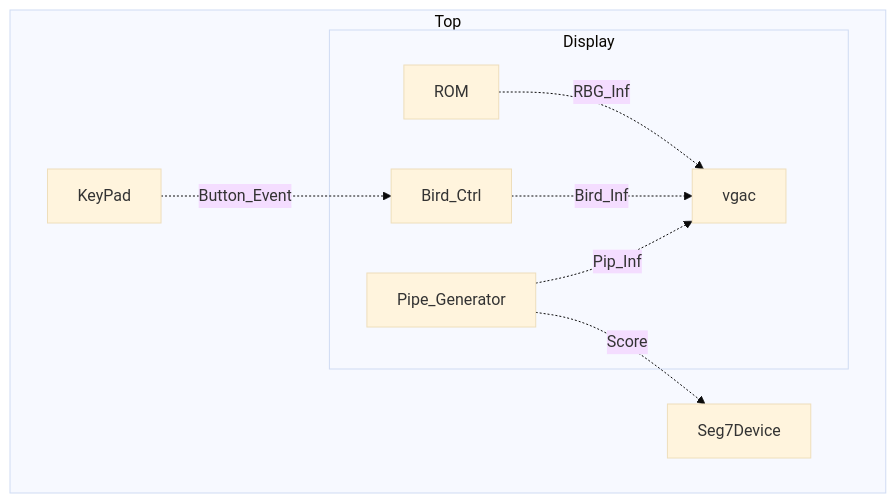
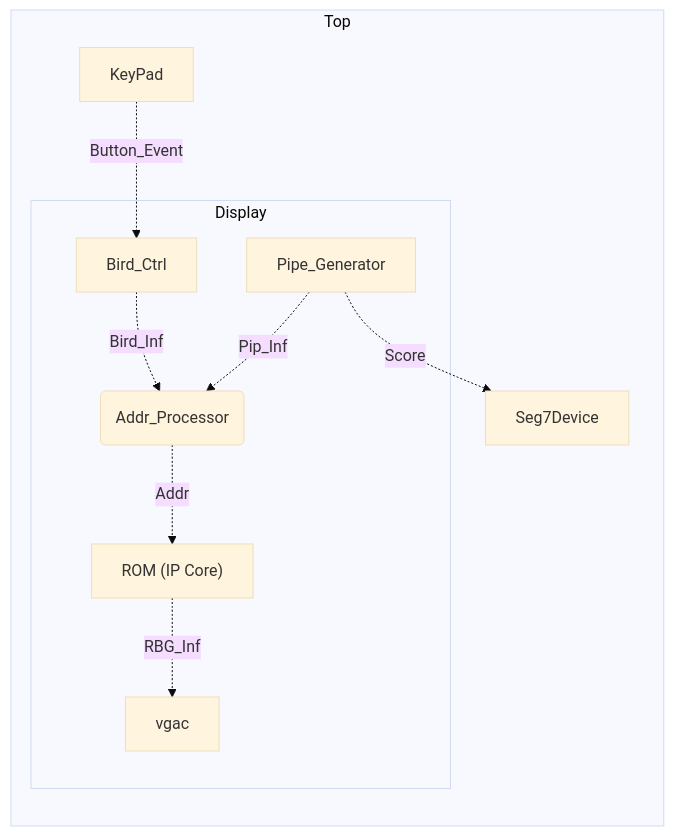
Before and after one commit to FUTURETECH6/FlappyBird: the second of 6 diagrams in _MYDOC/Report.md, drawn with Mermaid (base theme). The commit also changed other lines of this file and 353 other files, not shown here.

````diff
--- a/_MYDOC/Report.md
+++ b/_MYDOC/Report.md
@@ -48,19 +106,21 @@
 ```mermaid
-graph TB
+graph LR
 
 subgraph Top
 	subgraph Display
 		BC[Bird_Ctrl]
 		PG[Pipe_Generator]
 		vgac[vgac]
-		ROM[ROM]
+		ROM["ROM (IP Core)"]
+		Addr(Addr_Processor)
 	end
 	KP[KeyPad]
 	SD[Seg7Device]
 end
+Addr -.Addr.-> ROM
 PG -.Score.-> SD
 ROM -.RBG_Info.-> vgac
-BC -.Bird_Info.-> vgac
-PG -.Pip_Info.-> vgac
+BC -.Bird_Info.-> Addr
+PG -.Pip_Info.-> Addr
 KP -.Button_Event.-> BC
 ```
````
